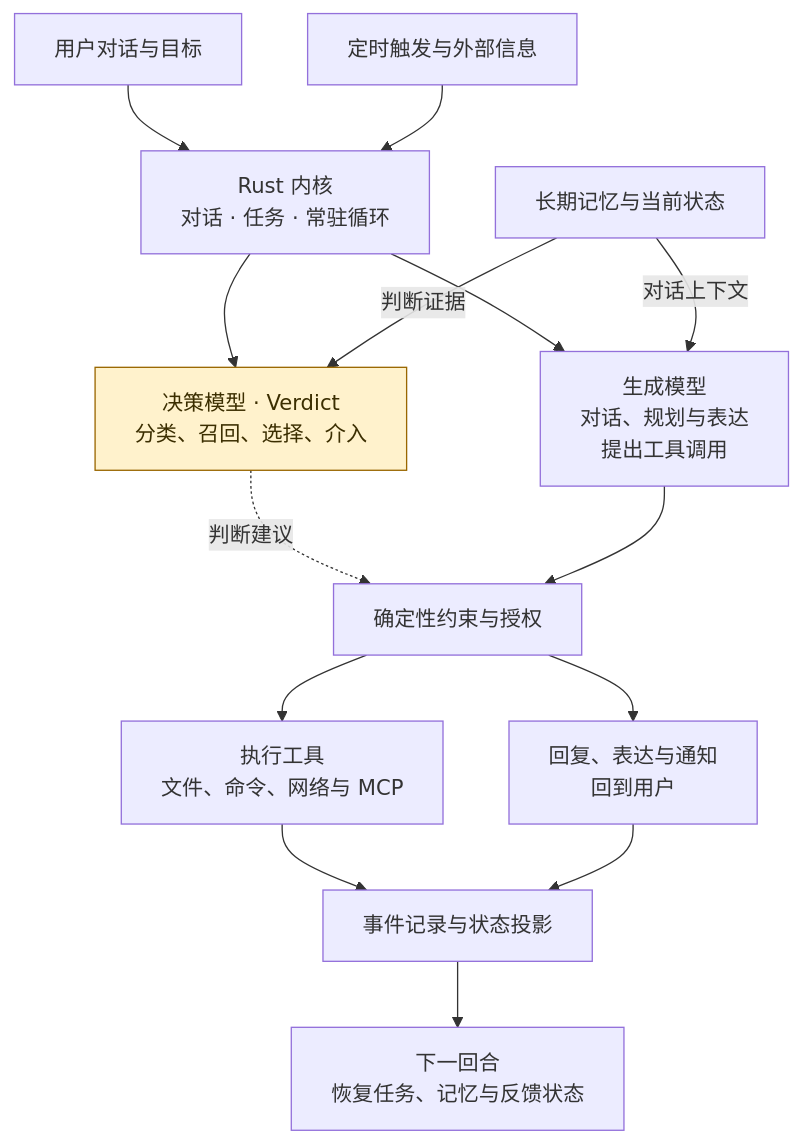
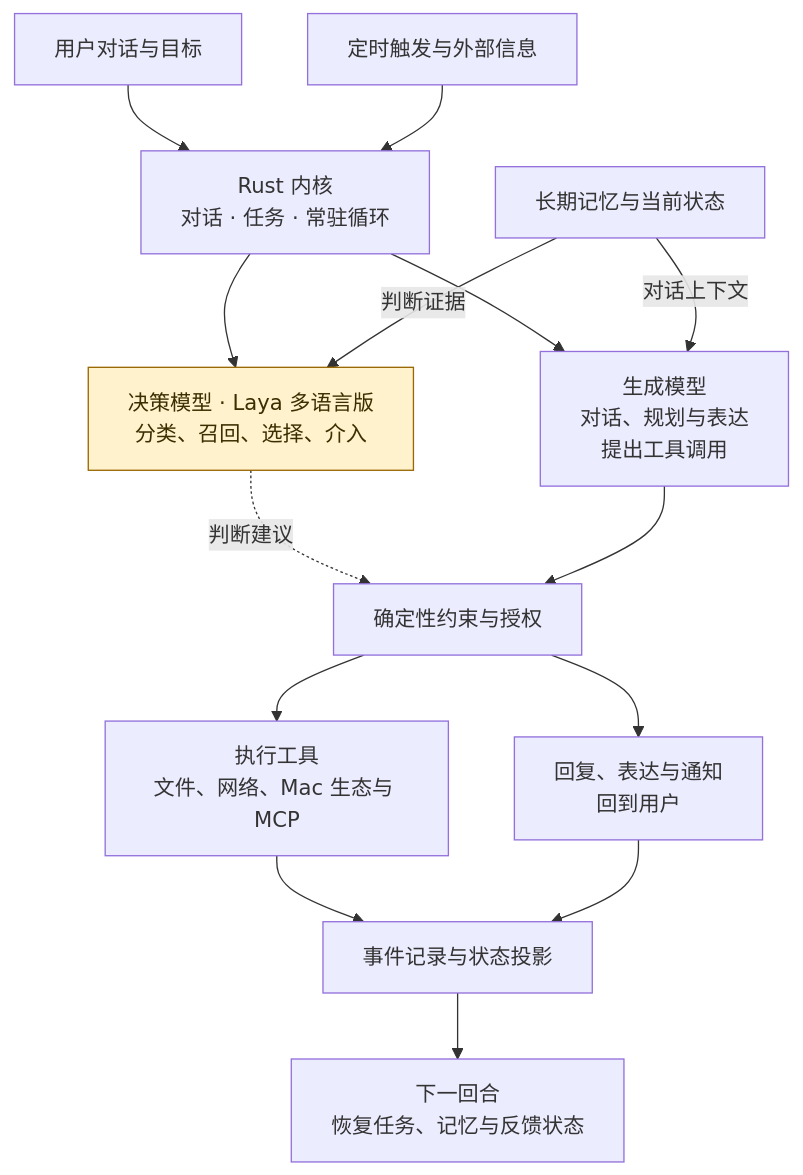
One commit to sjxbbdb/YunXi-Bot changed the first of 7 diagrams in README.md. Above: the diagram before and after it, drawn with Mermaid. The commit also changed other lines of this file and 185 other files, not shown here.

````diff
--- a/README.md
+++ b/README.md
@@ -45,18 +94,18 @@
 ```mermaid
 flowchart TB
     USER[用户对话与目标] --> CORE[Rust 内核<br/>对话 · 任务 · 常驻循环]
     EVENTS[定时触发与外部信息] --> CORE
-    CORE --> VERDICT[决策模型 · Verdict<br/>分类、召回、选择、介入]
+    CORE --> LAYA[决策模型 · Laya 多语言版<br/>分类、召回、选择、介入]
     CORE --> THINK[生成模型<br/>对话、规划与表达<br/>提出工具调用]
-    MEMORY[长期记忆与当前状态] -->|判断证据| VERDICT
+    MEMORY[长期记忆与当前状态] -->|判断证据| LAYA
     MEMORY -->|对话上下文| THINK
-    VERDICT -. 判断建议 .-> POLICY[确定性约束与授权]
+    LAYA -. 判断建议 .-> POLICY[确定性约束与授权]
     THINK --> POLICY
-    POLICY --> TOOLS[执行工具<br/>文件、命令、网络与 MCP]
+    POLICY --> TOOLS[执行工具<br/>文件、网络、Mac 生态与 MCP]
     POLICY --> RESPONSE[回复、表达与通知<br/>回到用户]
     TOOLS --> LEDGER[事件记录与状态投影]
     RESPONSE --> LEDGER
     LEDGER --> NEXT[下一回合<br/>恢复任务、记忆与反馈状态]
     classDef decision fill:#fff2cc,stroke:#9a6700,color:#3b2e00;
-    class VERDICT decision;
+    class LAYA decision;
 ```
````
